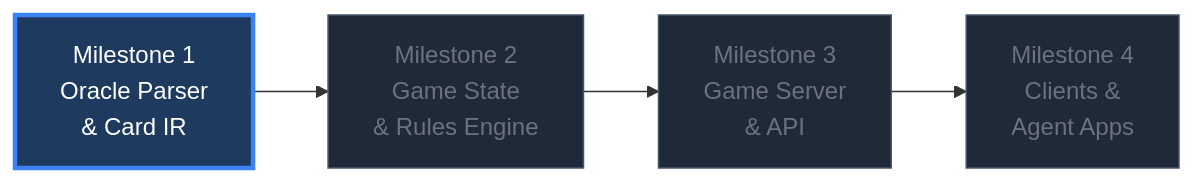
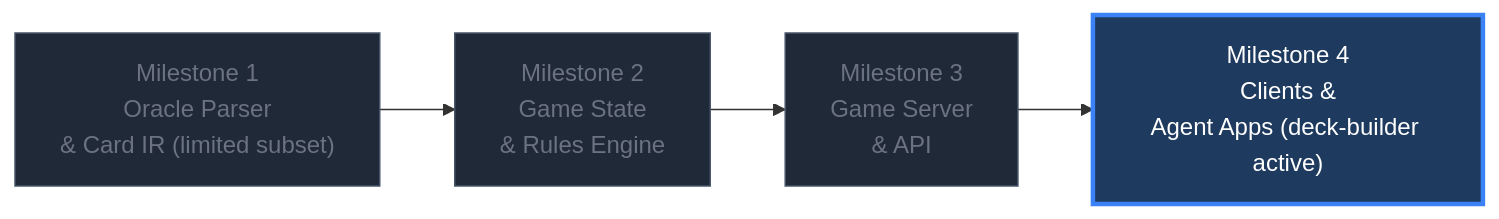
Before and after one commit to joCaldwell/mtg-ecosystem: the diagram in docs/architecture.md, drawn with Mermaid. The commit also changed other lines of this file and 41 other files, not shown here.

````diff
--- a/docs/architecture.md
+++ b/docs/architecture.md
@@ -9,13 +9,13 @@
 ```mermaid
 graph LR
     classDef done fill:#065f46,stroke:#10b981,color:#fff;
     classDef active fill:#1e3a5f,stroke:#3b82f6,stroke-width:3px,color:#fff;
     classDef future fill:#1f2937,stroke:#475569,color:#6b7280;
 
-    M1["Milestone 1<br/>Oracle Parser<br/>& Card IR"]:::active
+    M1["Milestone 1<br/>Oracle Parser<br/>& Card IR (limited subset)"]:::future
     M2["Milestone 2<br/>Game State<br/>& Rules Engine"]:::future
     M3["Milestone 3<br/>Game Server<br/>& API"]:::future
-    M4["Milestone 4<br/>Clients &<br/>Agent Apps"]:::future
+    M4["Milestone 4<br/>Clients &<br/>Agent Apps (deck-builder active)"]:::active
 
     M1 --> M2 --> M3 --> M4
 ```
````
